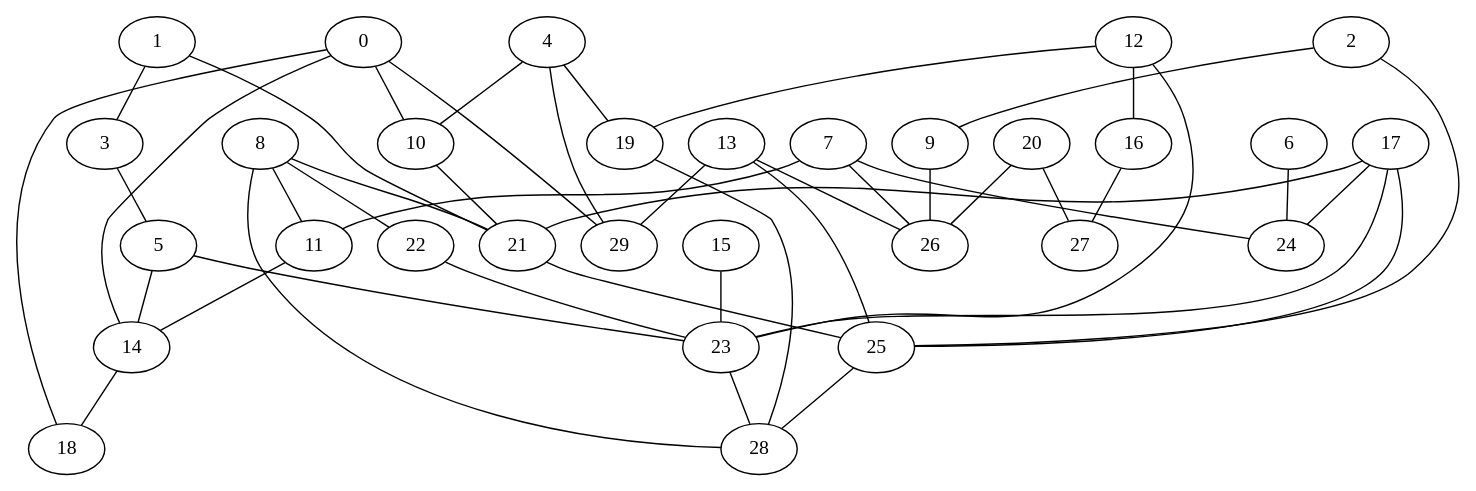
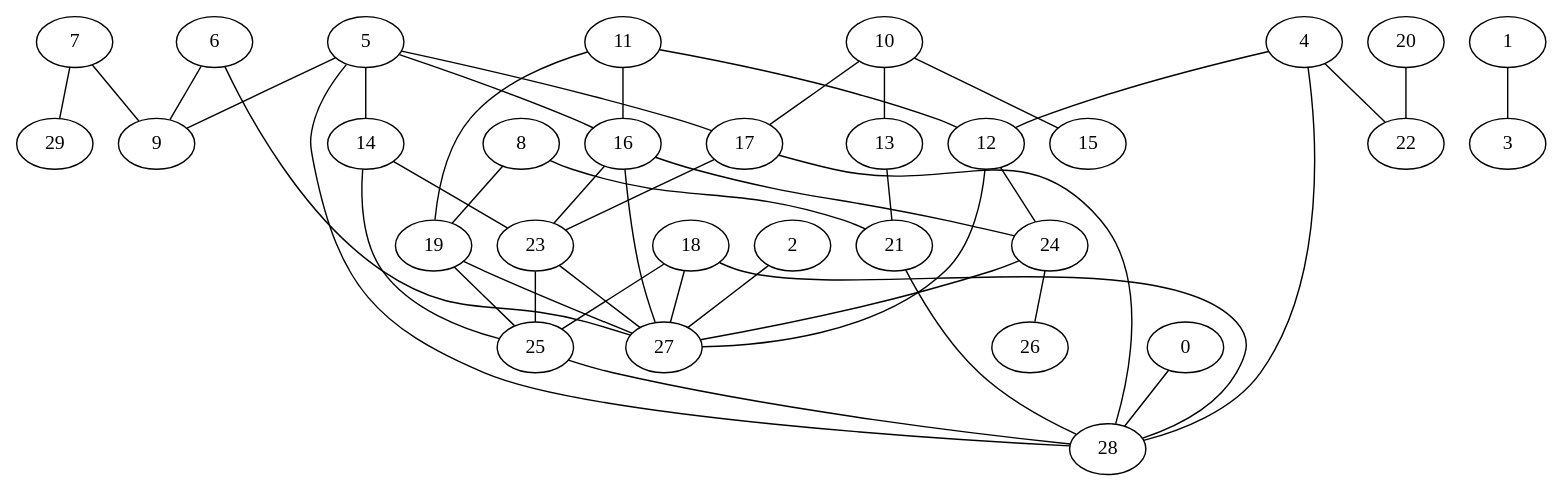
Before and after one commit to amorac4/DAA24: the diagram in Erdös-Rényi_generado.gv, drawn with Graphviz.

Commit message:
modified:   "Erd\303\266s-R\303\251nyi_generado.gv"

```diff
--- a/Erdös-Rényi_generado.gv
+++ b/Erdös-Rényi_generado.gv
@@ -1,47 +1,47 @@
 graph G {
-    "9" -- "26";
-    "1" -- "21";
+    "11" -- "16";
+    "5" -- "9";
+    "6" -- "9";
     "1" -- "3";
-    "22" -- "23";
-    "0" -- "14";
-    "13" -- "26";
-    "10" -- "21";
-    "0" -- "10";
-    "11" -- "14";
-    "8" -- "28";
-    "12" -- "16";
-    "6" -- "24";
-    "17" -- "25";
-    "7" -- "11";
-    "5" -- "23";
-    "20" -- "26";
-    "15" -- "23";
-    "2" -- "9";
-    "4" -- "19";
-    "13" -- "25";
-    "14" -- "18";
-    "7" -- "24";
-    "17" -- "24";
-    "13" -- "29";
+    "10" -- "17";
+    "12" -- "27";
+    "21" -- "28";
+    "24" -- "26";
+    "10" -- "15";
+    "8" -- "19";
+    "4" -- "12";
+    "4" -- "22";
+    "16" -- "24";
+    "7" -- "29";
+    "11" -- "19";
+    "13" -- "21";
+    "0" -- "28";
+    "17" -- "28";
+    "24" -- "27";
+    "18" -- "27";
+    "12" -- "24";
+    "19" -- "25";
     "17" -- "23";
-    "0" -- "29";
-    "20" -- "27";
-    "4" -- "10";
-    "19" -- "28";
-    "8" -- "11";
+    "2" -- "27";
+    "14" -- "23";
+    "23" -- "25";
+    "4" -- "28";
+    "20" -- "22";
+    "5" -- "17";
+    "10" -- "13";
     "8" -- "21";
-    "0" -- "18";
+    "16" -- "23";
+    "18" -- "28";
+    "5" -- "28";
+    "11" -- "12";
     "25" -- "28";
-    "3" -- "5";
-    "4" -- "29";
-    "21" -- "25";
-    "7" -- "26";
-    "23" -- "28";
-    "8" -- "22";
-    "12" -- "19";
+    "7" -- "9";
+    "5" -- "16";
+    "18" -- "25";
+    "14" -- "25";
+    "19" -- "27";
     "5" -- "14";
-    "17" -- "21";
     "16" -- "27";
-    "2" -- "25";
-    "12" -- "23";
+    "6" -- "27";
+    "23" -- "27";
 }
```
